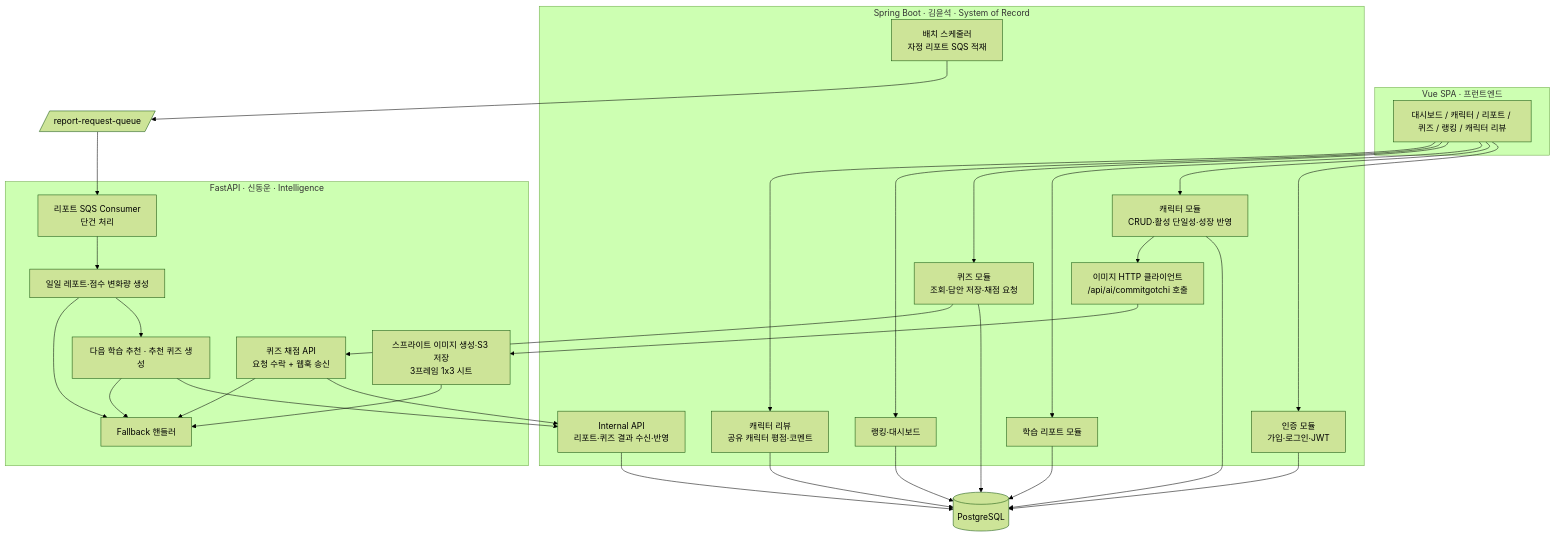
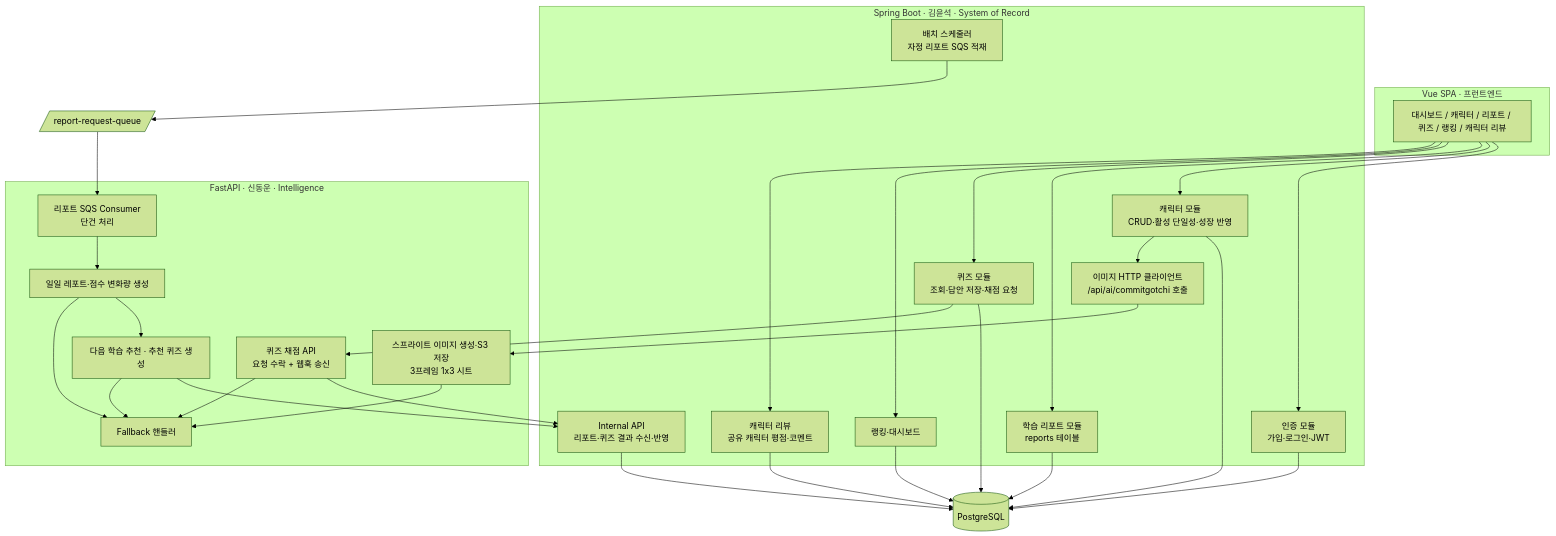
Before and after one commit to YunAndDong/commitgotchi: the second of 15 diagrams in _bmad-output/planning-artifacts/architecture/architecture-commitgotchi-2026-06-07/architecture.md, drawn with Mermaid (forest theme). The commit also changed other lines of this file, not shown here.

Commit message:
docs(architecture.md): User 관련 데이터 Soft Delete 적용 및 Reports 데이터 문서 재정렬

````diff
--- a/_bmad-output/planning-artifacts/architecture/architecture-commitgotchi-2026-06-07/architecture.md
+++ b/_bmad-output/planning-artifacts/architecture/architecture-commitgotchi-2026-06-07/architecture.md
@@ -155,45 +155,45 @@
 ```mermaid
 flowchart TB
   subgraph FE[Vue SPA · 프런트엔드]
     UI[대시보드 / 캐릭터 / 리포트 / 퀴즈 / 랭킹 / 캐릭터 리뷰]
   end
 
   subgraph BE[Spring Boot · 김윤석 · System of Record]
     AUTH[인증 모듈<br/>가입·로그인·JWT]
     CHAR[캐릭터 모듈<br/>CRUD·활성 단일성·성장 반영]
-    LOG[학습 리포트 모듈]
+    LOG[학습 리포트 모듈<br/>reports 테이블]
     QUIZ[퀴즈 모듈<br/>조회·답안 저장·채점 요청]
     BATCH[배치 스케줄러<br/>자정 리포트 SQS 적재]
     IMGREQ[이미지 HTTP 클라이언트<br/>/api/ai/commitgotchi 호출]
     INTERNAL[Internal API<br/>리포트·퀴즈 결과 수신·반영]
     RANK[랭킹·대시보드]
     REVIEW[캐릭터 리뷰<br/>공유 캐릭터 평점·코멘트]
   end
 
   subgraph AI[FastAPI · 신동운 · Intelligence]
     CONSUMER[리포트 SQS Consumer<br/>단건 처리]
     GRADEASYNC[퀴즈 채점 API<br/>요청 수락 + 웹훅 송신]
     REPORT[일일 레포트·점수 변화량 생성]
     RECO[다음 학습 추천 · 추천 퀴즈 생성]
     IMG[스프라이트 이미지 생성·S3 저장<br/>3프레임 1x3 시트]
     FALLBACK[Fallback 핸들러]
   end
 
   DB[(PostgreSQL)]
   RQ[/report-request-queue/]
 
   UI --> AUTH & CHAR & LOG & QUIZ & RANK & REVIEW
   AUTH & CHAR & LOG & QUIZ & RANK & REVIEW --> DB
 
   %% 흐름 A — 리포트(자정 배치)
   BATCH --> RQ --> CONSUMER --> REPORT --> RECO --> INTERNAL
 
   %% 흐름 B — 퀴즈 채점(비동기 웹훅)
   QUIZ --> GRADEASYNC --> INTERNAL
 
   %% 흐름 C — 이미지(동기 HTTP)
   CHAR --> IMGREQ --> IMG
 
   REPORT & RECO & GRADEASYNC & IMG --> FALLBACK
   INTERNAL --> DB
 ```
````
